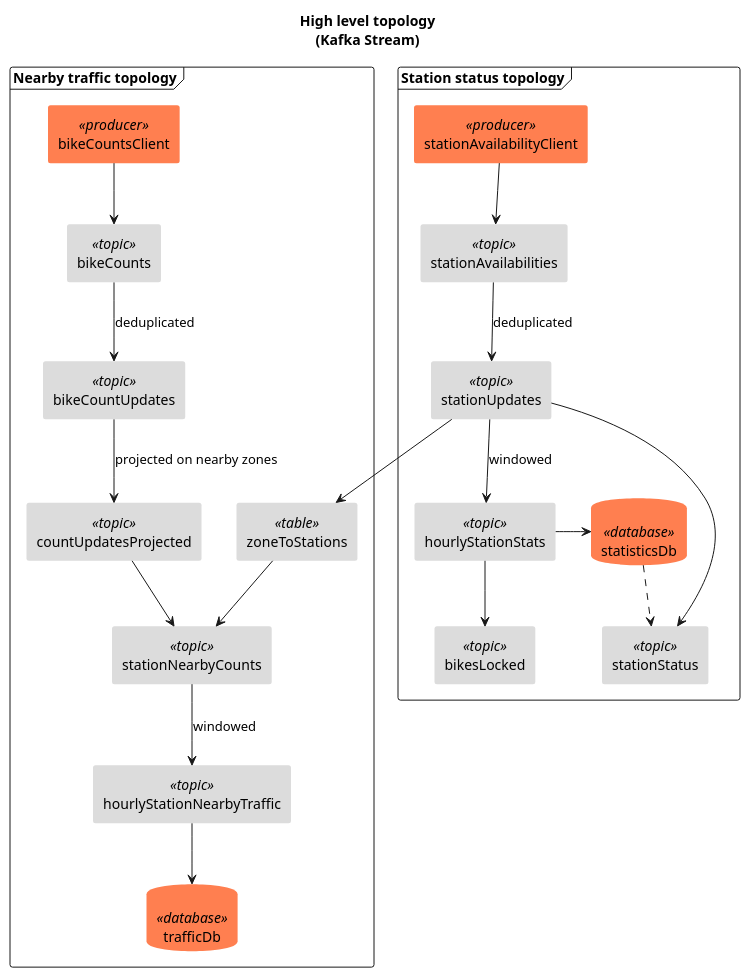
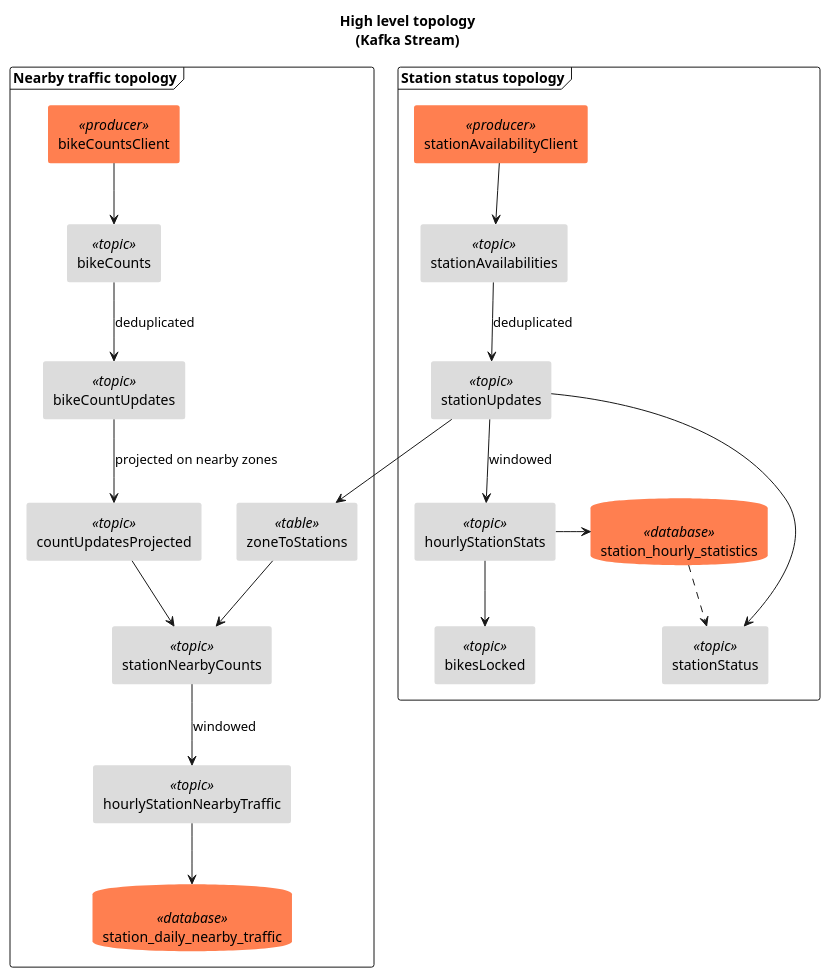
Before and after one commit to ouvreboite/velinfo_kafka_prototype: the diagram in docs/plantuml/high_level_topology.pu, drawn with PlantUML.

Commit message:
docs: update topology

```diff
--- a/docs/plantuml/high_level_topology.pu
+++ b/docs/plantuml/high_level_topology.pu
@@ -1,68 +1,68 @@
 @startuml
 title
 <b>High level topology</b>
 (Kafka Stream)
 end title
 
 
 frame "Station status topology"{
    rectangle stationAvailabilityClient <<producer>>
    rectangle stationAvailabilities <<topic>>
    rectangle stationUpdates <<topic>>
    rectangle hourlyStationStats<<topic>>
    rectangle stationStatus <<topic>>
    rectangle bikesLocked <<topic>>
-   database statisticsDb <<database>>
+   database station_hourly_statistics <<database>>
 }
 
 stationAvailabilityClient --> stationAvailabilities 
 stationAvailabilities --> stationUpdates : deduplicated
 stationUpdates --> hourlyStationStats : windowed
 hourlyStationStats --> bikesLocked
-hourlyStationStats -> statisticsDb
+hourlyStationStats -> station_hourly_statistics
 stationUpdates --> stationStatus
-statisticsDb ..> stationStatus
+station_hourly_statistics ..> stationStatus
 
 frame "Nearby traffic topology"{
    rectangle bikeCountsClient <<producer>>
    rectangle bikeCounts <<topic>>
    rectangle bikeCountUpdates <<topic>>
    rectangle countUpdatesProjected<<topic>>
    rectangle zoneToStations<<table>>
    rectangle stationNearbyCounts <<topic>>
    rectangle hourlyStationNearbyTraffic <<topic>>
-   database trafficDb <<database>>
+   database station_daily_nearby_traffic <<database>>
 }
 
 
 bikeCountsClient --> bikeCounts 
 bikeCounts --> bikeCountUpdates : deduplicated
 stationUpdates --> zoneToStations
 bikeCountUpdates --> countUpdatesProjected: projected on nearby zones
 zoneToStations--> stationNearbyCounts 
 countUpdatesProjected --> stationNearbyCounts 
 stationNearbyCounts --> hourlyStationNearbyTraffic : windowed
-hourlyStationNearbyTraffic --> trafficDb
+hourlyStationNearbyTraffic --> station_daily_nearby_traffic
 
 skinparam rectangle{
     backgroundColor<<topic>> Gainsboro
     backgroundColor<<table>> Gainsboro
     backgroundColor<<producer>> Coral
     backgroundColor<<consumer>> Coral
     borderColor<<topic>> transparent
     borderColor<<table>> transparent
     borderColor<<producer>> transparent
     borderColor<<consumer>> transparent
 }
 
 skinparam database{ 
    backgroundColor<<database>> Coral
    borderColor transparent
 }
 
 skinparam{
    ArrowColor DeepSkyBlue
    ArrowFontColor Coral
    shadowing false
 }
 @enduml
```
